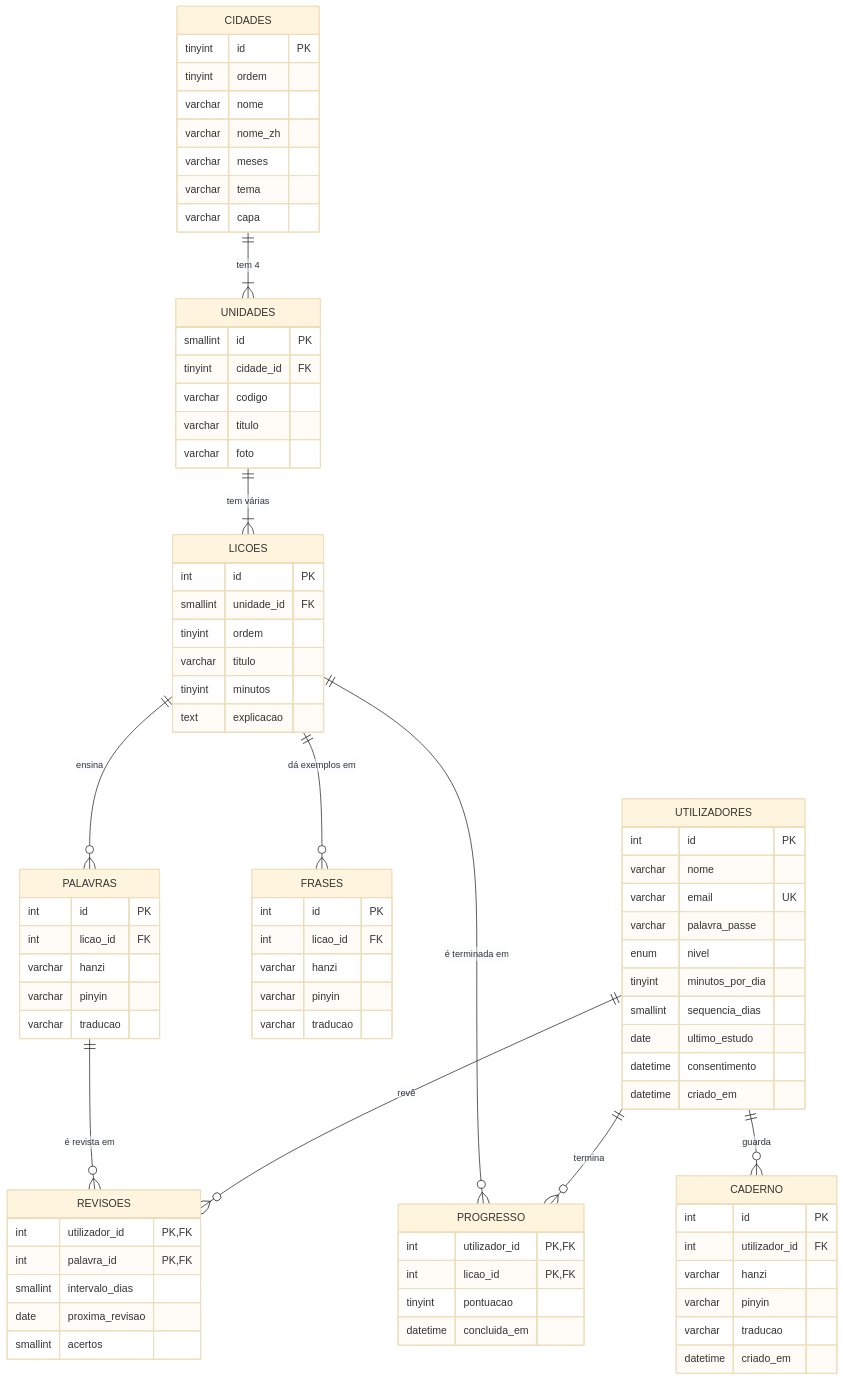
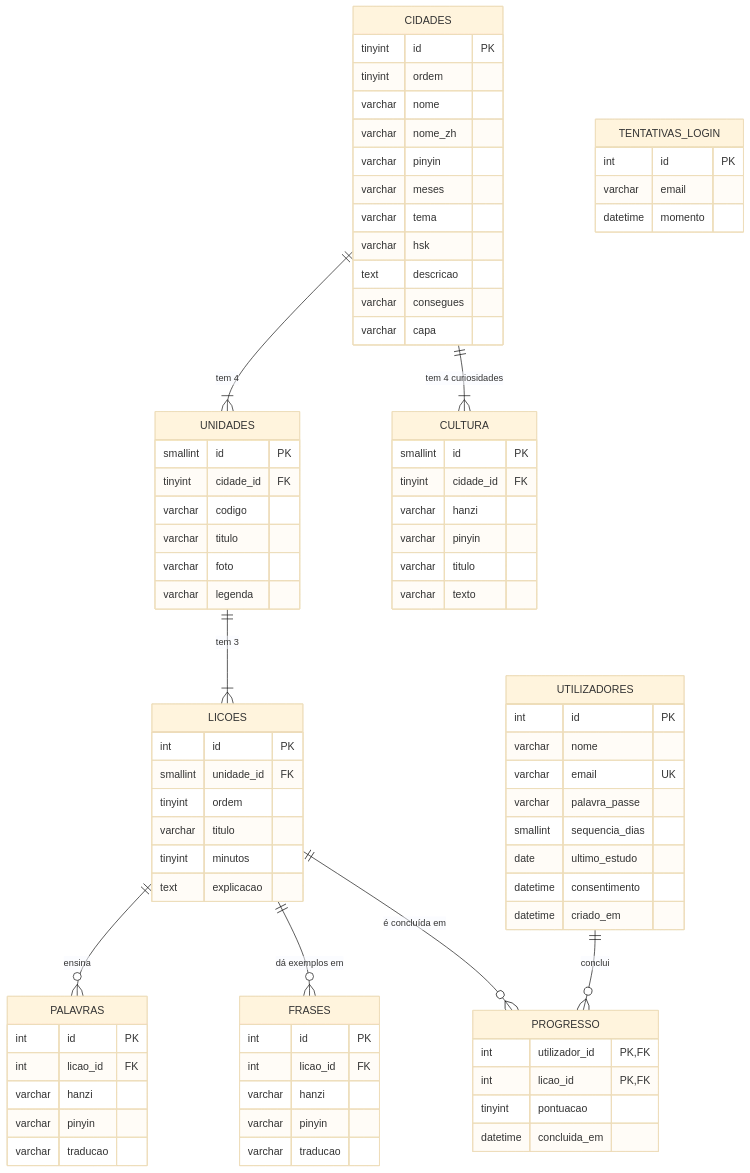
The diagram in docs/base-de-dados.md (SCCPScar/MandarinCourse), drawn with Mermaid (base theme) before and after one commit. The commit also changed other lines of this file and 18 other files, not shown here.

````diff
--- a/docs/base-de-dados.md
+++ b/docs/base-de-dados.md
@@ -18,22 +19,18 @@
 ```mermaid
 erDiagram
     CIDADES   ||--|{ UNIDADES  : "tem 4"
-    UNIDADES  ||--|{ LICOES    : "tem várias"
+    CIDADES   ||--|{ CULTURA   : "tem 4 curiosidades"
+    UNIDADES  ||--|{ LICOES    : "tem 3"
     LICOES    ||--o{ PALAVRAS  : "ensina"
     LICOES    ||--o{ FRASES    : "dá exemplos em"
-    UTILIZADORES  ||--o{ PROGRESSO : "termina"
-    LICOES    ||--o{ PROGRESSO : "é terminada em"
-    UTILIZADORES  ||--o{ REVISOES  : "revê"
-    PALAVRAS  ||--o{ REVISOES  : "é revista em"
-    UTILIZADORES  ||--o{ CADERNO   : "guarda"
+    UTILIZADORES  ||--o{ PROGRESSO : "conclui"
+    LICOES    ||--o{ PROGRESSO : "é concluída em"
 
     UTILIZADORES {
         int id PK
         varchar nome
         varchar email UK
         varchar palavra_passe
-        enum nivel
-        tinyint minutos_por_dia
         smallint sequencia_dias
         date ultimo_estudo
         datetime consentimento
@@ -44,8 +41,12 @@
         tinyint ordem
         varchar nome
         varchar nome_zh
+        varchar pinyin
         varchar meses
         varchar tema
+        varchar hsk
+        text descricao
+        varchar consegues
         varchar capa
     }
     UNIDADES {
@@ -54,6 +55,15 @@
         varchar codigo
         varchar titulo
         varchar foto
+        varchar legenda
+    }
+    CULTURA {
+        smallint id PK
+        tinyint cidade_id FK
+        varchar hanzi
+        varchar pinyin
+        varchar titulo
+        varchar texto
     }
     LICOES {
         int id PK
@@ -83,19 +93,9 @@
         tinyint pontuacao
         datetime concluida_em
     }
-    REVISOES {
-        int utilizador_id PK, FK
-        int palavra_id PK, FK
-        smallint intervalo_dias
-        date proxima_revisao
-        smallint acertos
-    }
-    CADERNO {
+    TENTATIVAS_LOGIN {
         int id PK
-        int utilizador_id FK
-        varchar hanzi
-        varchar pinyin
-        varchar traducao
-        datetime criado_em
+        varchar email
+        datetime momento
     }
 ```
````
